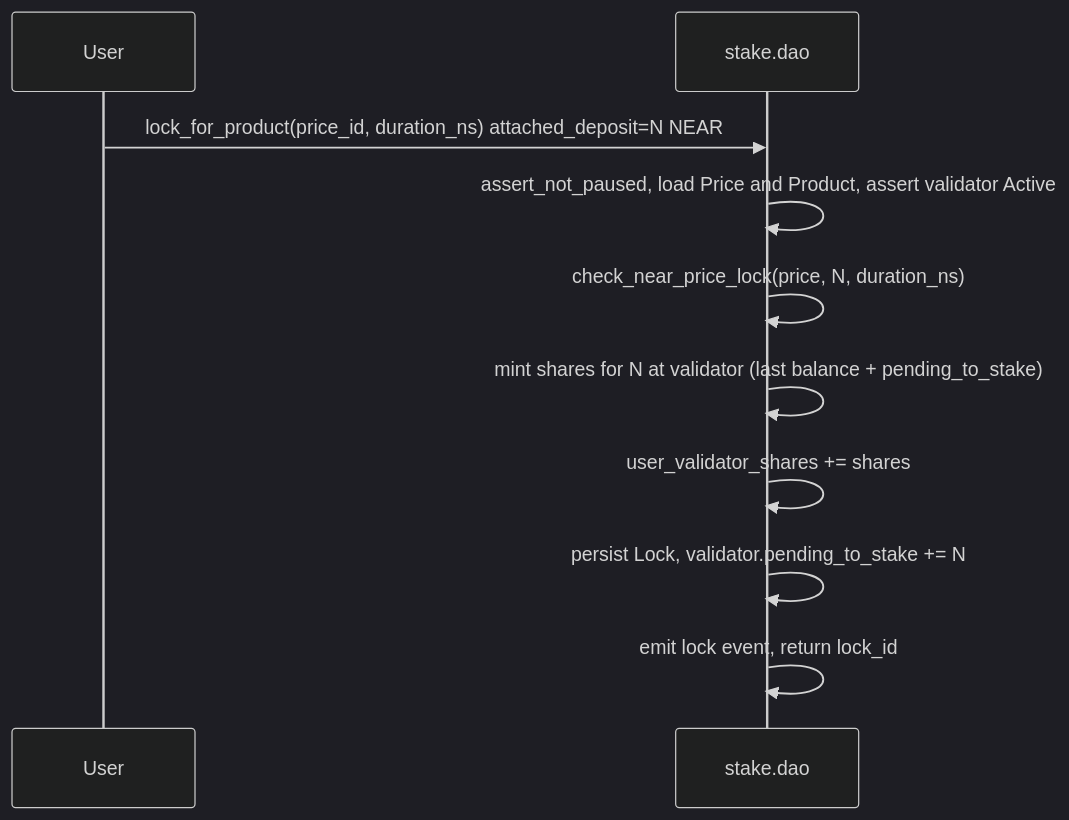
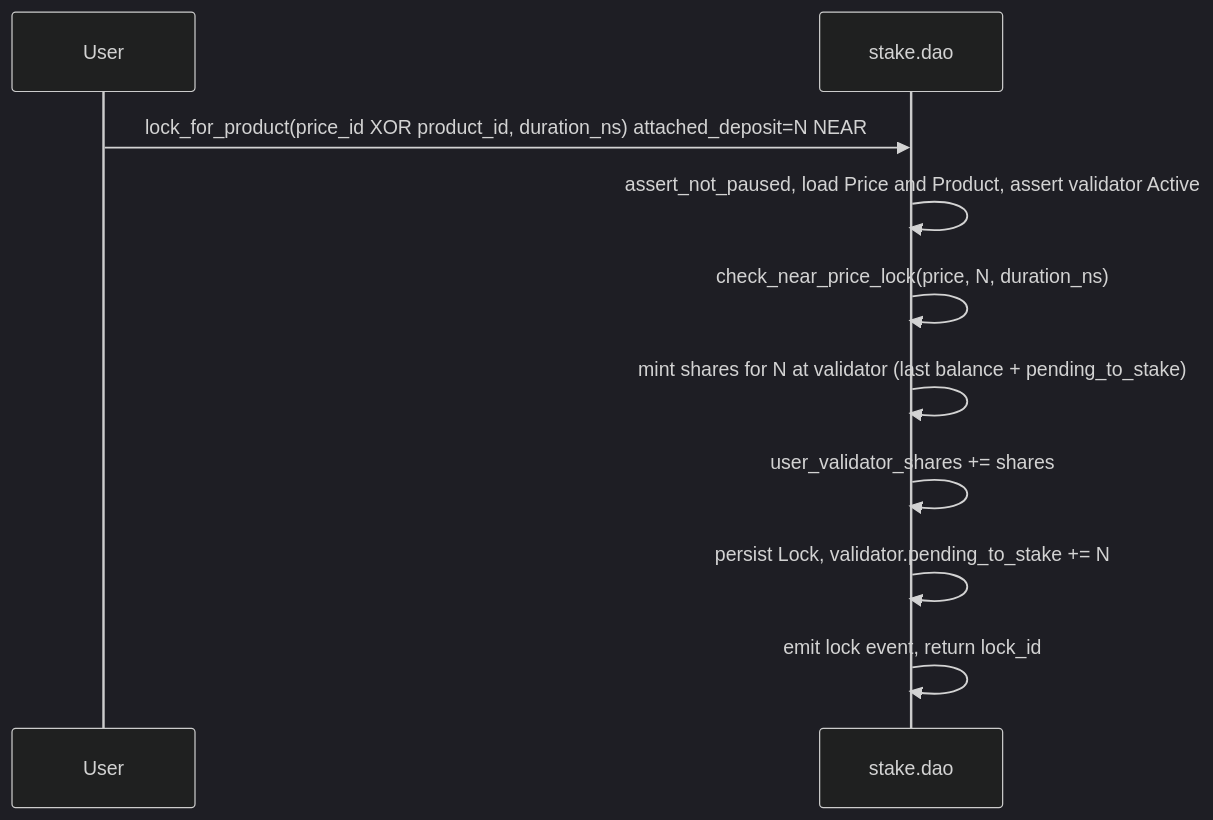
The second of 3 diagrams in staking-contract/docs/PLAN.md (nearai/house-of-stake-contracts), drawn with Mermaid (dark theme) before and after one commit. The commit also changed other lines of this file and 14 other files, not shown here.

Commit message:
feat: unarchive product and price

````diff
--- a/staking-contract/docs/PLAN.md
+++ b/staking-contract/docs/PLAN.md
@@ -305,13 +306,13 @@
 ```mermaid
 sequenceDiagram
     participant User
     participant StakeDao as stake.dao
 
-    User->>StakeDao: lock_for_product(price_id, duration_ns) attached_deposit=N NEAR
+    User->>StakeDao: lock_for_product(price_id XOR product_id, duration_ns) attached_deposit=N NEAR
     StakeDao->>StakeDao: assert_not_paused, load Price and Product, assert validator Active
     StakeDao->>StakeDao: check_near_price_lock(price, N, duration_ns)
     StakeDao->>StakeDao: mint shares for N at validator (last balance + pending_to_stake)
     StakeDao->>StakeDao: user_validator_shares += shares
     StakeDao->>StakeDao: persist Lock, validator.pending_to_stake += N
     StakeDao->>StakeDao: emit lock event, return lock_id
 ```
````
